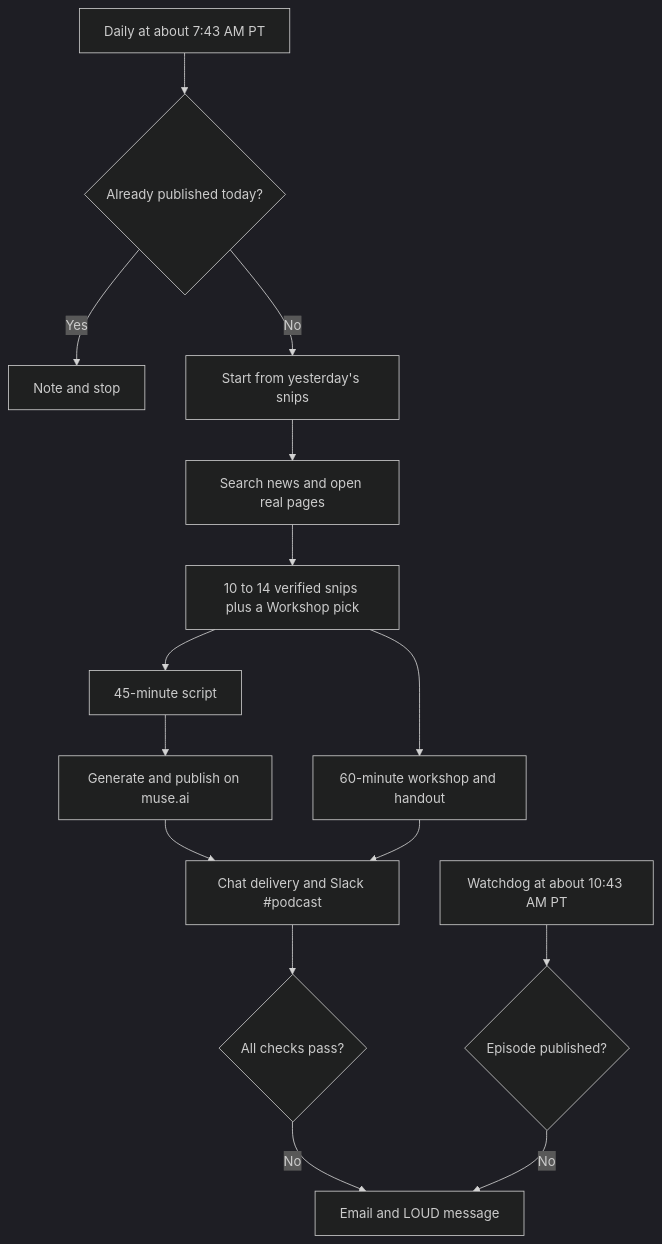
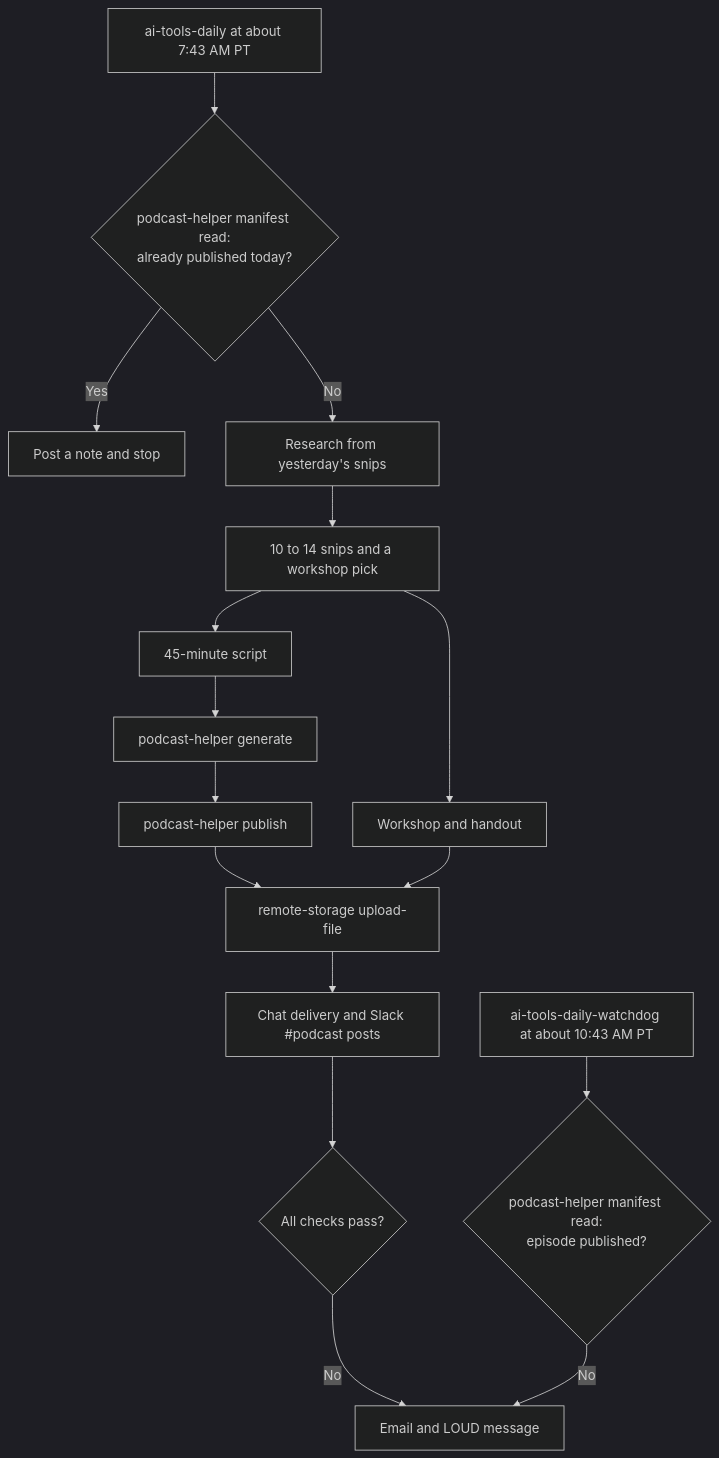
The diagram in README.md (RachaelQuisel/soft-fork), drawn with Mermaid (dark theme) before and after one commit. The commit also changed other lines of this file and 4 other files, not shown here.

````diff
--- a/README.md
+++ b/README.md
@@ -42,17 +61,18 @@
 ```mermaid
 flowchart TD
-    A[Daily at about 7:43 AM PT] --> B{Already published today?}
-    B -- Yes --> Z[Note and stop]
-    B -- No --> C[Start from yesterday's snips]
-    C --> D[Search news and open real pages]
-    D --> E[10 to 14 verified snips plus a Workshop pick]
-    E --> F[45-minute script]
-    F --> G[Generate and publish on muse.ai]
-    E --> H[60-minute workshop and handout]
-    G --> I[Chat delivery and Slack #podcast]
+    A[ai-tools-daily at about 7:43 AM PT] --> B{podcast-helper manifest read:<br/>already published today?}
+    B -- Yes --> Z[Post a note and stop]
+    B -- No --> C[Research from yesterday's snips]
+    C --> D[10 to 14 snips and a workshop pick]
+    D --> E[45-minute script]
+    E --> F[podcast-helper generate]
+    F --> G[podcast-helper publish]
+    D --> H[Workshop and handout]
+    G --> I[remote-storage upload-file]
     H --> I
-    I --> J{All checks pass?}
-    J -- No --> K[Email and LOUD message]
-    L[Watchdog at about 10:43 AM PT] --> M{Episode published?}
-    M -- No --> K
+    I --> J[Chat delivery and Slack #podcast posts]
+    J --> K{All checks pass?}
+    K -- No --> L[Email and LOUD message]
+    M[ai-tools-daily-watchdog at about 10:43 AM PT] --> N{podcast-helper manifest read:<br/>episode published?}
+    N -- No --> L
 ```
````
